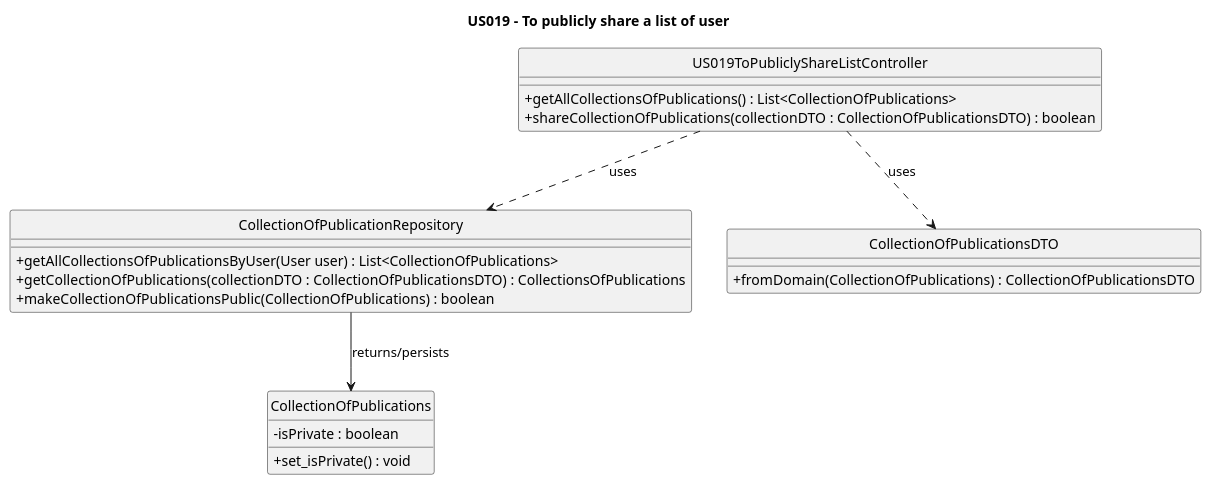
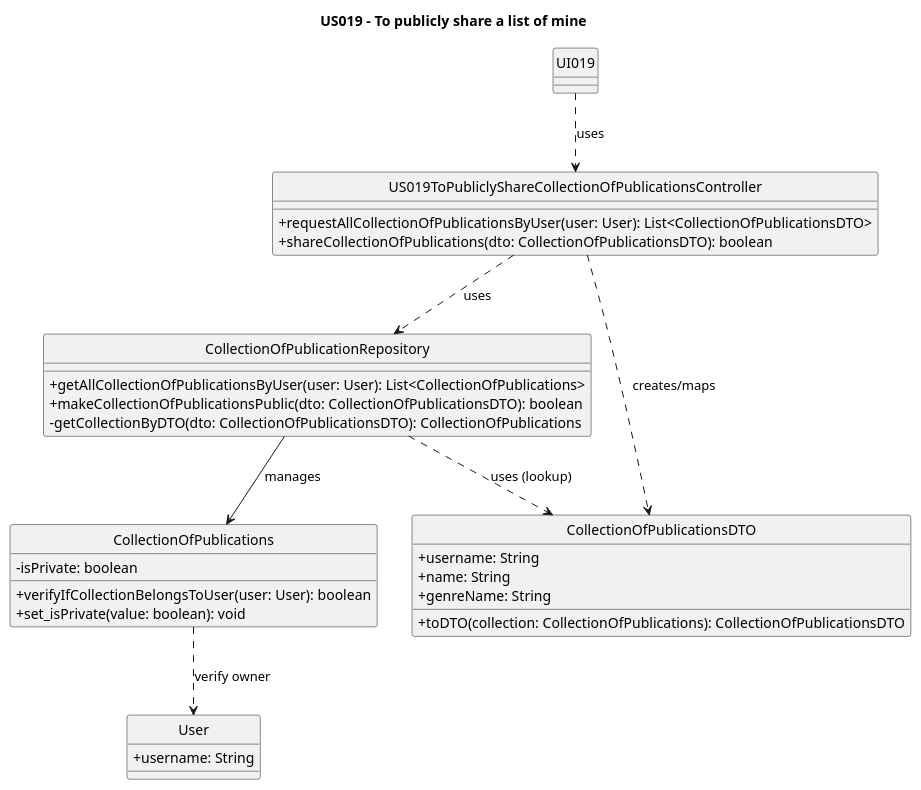
Before and after one commit to AndrePereiraGitH/SWitCH-Project-Team_A: the diagram in Diagrams/ClassDiagrams/US019-to-publicly-share-a-list.puml, drawn with PlantUML. The commit also changed 1 other file, not shown here.

Commit message:
closes #145 Sequence Diagram and Class diagram completed and matching implemetation logic

```diff
--- a/Diagrams/ClassDiagrams/US019-to-publicly-share-a-list.puml
+++ b/Diagrams/ClassDiagrams/US019-to-publicly-share-a-list.puml
@@ -1,33 +1,50 @@
 @startuml
 hide circle
+title US019 - To publicly share a list of mine
+
 skinparam classAttributeIconSize 0
 
-title US019 - To publicly share a list of user
-
-class US019ToPubliclyShareListController {
-  '-collectionOfPublicationsRepository : CollectionOfPublicationRepository
-  +getAllCollectionsOfPublications() : List<CollectionOfPublications>
-  +shareCollectionOfPublications(collectionDTO : CollectionOfPublicationsDTO) : boolean
-}
-
-class CollectionOfPublicationRepository {
-  +getAllCollectionsOfPublicationsByUser(User user) : List<CollectionOfPublications>
-  +getCollectionOfPublications(collectionDTO : CollectionOfPublicationsDTO) : CollectionsOfPublications
-  +makeCollectionOfPublicationsPublic(CollectionOfPublications) : boolean
-}
-
-class CollectionOfPublications {
-  -isPrivate : boolean
-  +set_isPrivate() : void
-}
-
-class CollectionOfPublicationsDTO {
-
-    +fromDomain(CollectionOfPublications) : CollectionOfPublicationsDTO
+class "UI019" as UI019 {
 
 }
 
-US019ToPubliclyShareListController ..> CollectionOfPublicationRepository : uses
-CollectionOfPublicationRepository --> CollectionOfPublications : returns/persists
-US019ToPubliclyShareListController ..> CollectionOfPublicationsDTO : uses
+class "US019ToPubliclyShareCollectionOfPublicationsController" as Controller {
+  +requestAllCollectionOfPublicationsByUser(user: User): List<CollectionOfPublicationsDTO>
+  +shareCollectionOfPublications(dto: CollectionOfPublicationsDTO): boolean
+}
+
+class "CollectionOfPublicationRepository" as Repository  {
+  +getAllCollectionOfPublicationsByUser(user: User): List<CollectionOfPublications>
+  +makeCollectionOfPublicationsPublic(dto: CollectionOfPublicationsDTO): boolean
+  -getCollectionByDTO(dto: CollectionOfPublicationsDTO): CollectionOfPublications
+}
+
+class "CollectionOfPublications" as Collection  {
+  -isPrivate: boolean
+  +verifyIfCollectionBelongsToUser(user: User): boolean
+  +set_isPrivate(value: boolean): void
+}
+
+class "CollectionOfPublicationsDTO" as DTO {
+  +username: String
+  +name: String
+  +genreName: String
+  +toDTO(collection: CollectionOfPublications): CollectionOfPublicationsDTO
+}
+
+class User {
+  +username: String
+}
+
+' Associations / Dependencies
+UI019 ..> Controller : uses
+Controller ..> Repository : uses
+Repository --> Collection : manages
+Controller ..> DTO : creates/maps
+Repository ..> DTO : uses (lookup)
+Collection ..> User : verify owner
+
+' Multiplicities (implicit in the sequence)
+'Repository "1" o-- "0..*" Collection : collections
+
 @enduml
```
